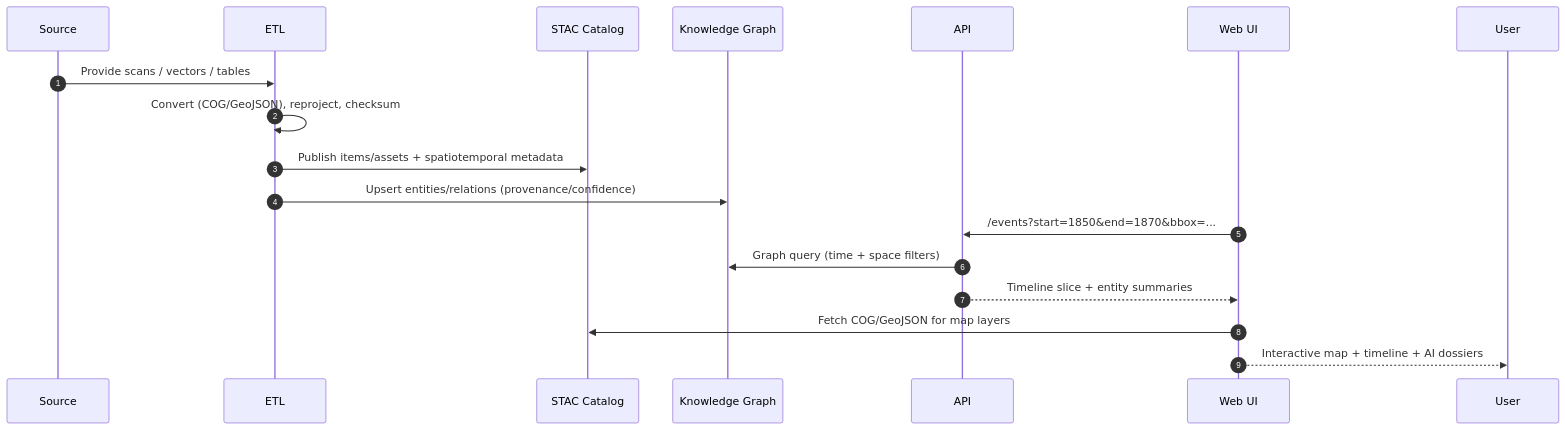
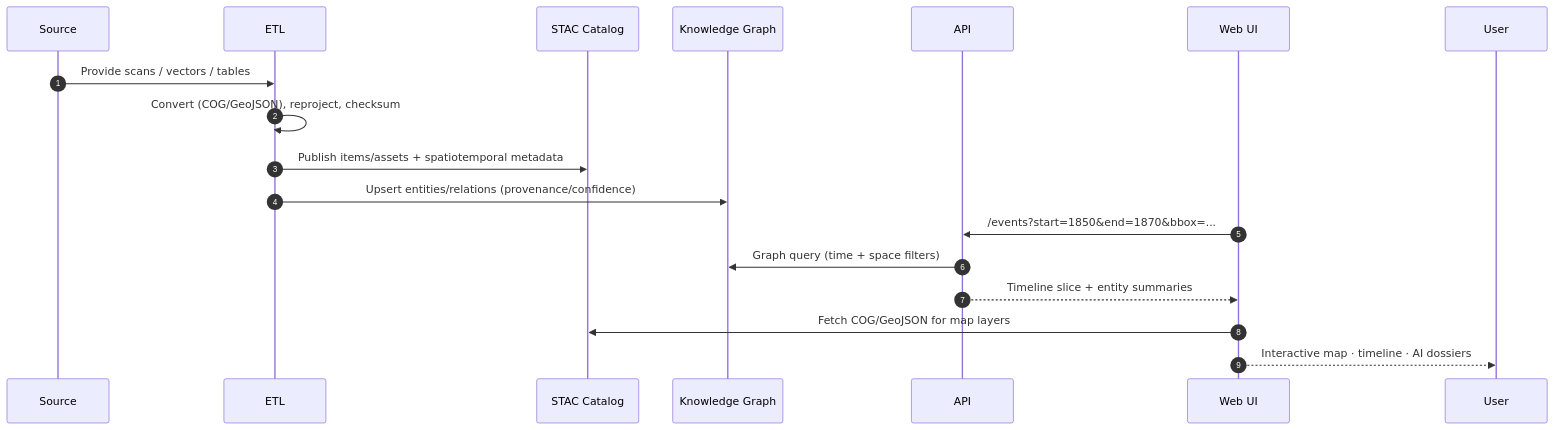
The second of 2 diagrams in src/ARCHITECTURE.md (bartytime4life/Kansas-Frontier-Matrix), drawn with Mermaid before and after one commit. The commit also changed other lines of this file, not shown here.

````diff
--- a/src/ARCHITECTURE.md
+++ b/src/ARCHITECTURE.md
@@ -97,20 +105,20 @@
 ```mermaid
 sequenceDiagram
     autonumber
     participant SRC as Source
     participant ETL as ETL
     participant STAC as STAC Catalog
     participant KG as Knowledge Graph
     participant API as API
     participant UI as Web UI
 
     SRC->>ETL: Provide scans / vectors / tables
     ETL->>ETL: Convert (COG/GeoJSON), reproject, checksum
     ETL->>STAC: Publish items/assets + spatiotemporal metadata
     ETL->>KG: Upsert entities/relations (provenance/confidence)
     UI->>API: /events?start=1850&end=1870&bbox=...
     API->>KG: Graph query (time + space filters)
     API-->>UI: Timeline slice + entity summaries
     UI->>STAC: Fetch COG/GeoJSON for map layers
-    UI-->>User: Interactive map + timeline + AI dossiers
+    UI-->>User: Interactive map · timeline · AI dossiers
 ```
````
